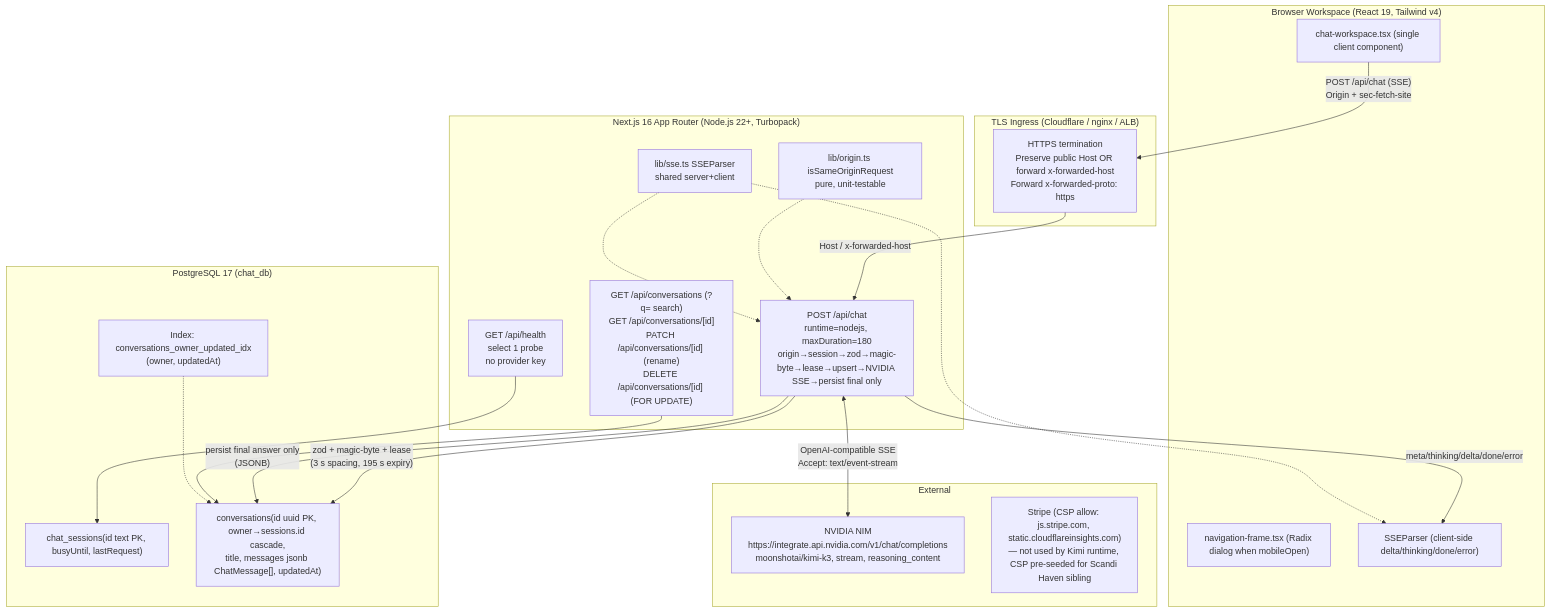
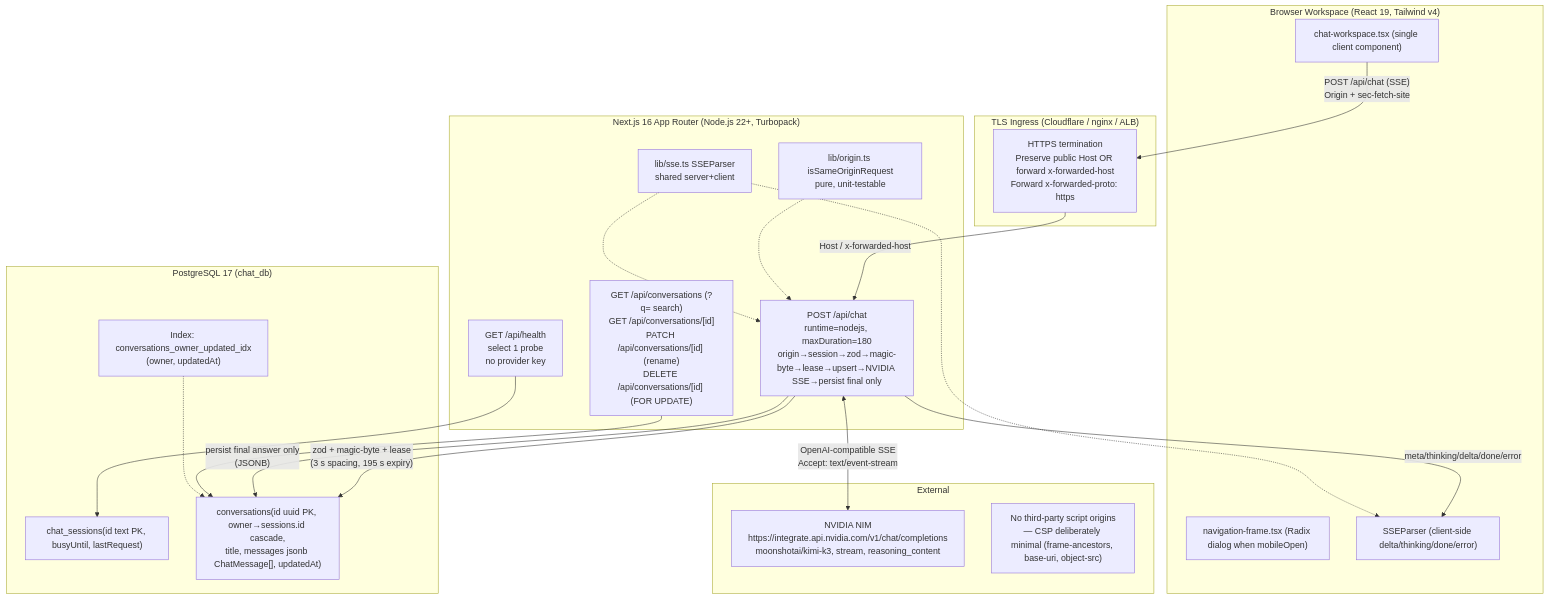
Before and after one commit to nordeim/new-chat-app: the first of 2 diagrams in Project_Architecture_Document.md, drawn with Mermaid. The commit also changed other lines of this file and 4 other files, not shown here.

````diff
--- a/Project_Architecture_Document.md
+++ b/Project_Architecture_Document.md
@@ -150,44 +150,44 @@
 ```mermaid
 flowchart TB
   subgraph Client["Browser Workspace (React 19, Tailwind v4)"]
     UI["chat-workspace.tsx (single client component)"]
     NF["navigation-frame.tsx (Radix dialog when mobileOpen)"]
     SSEc["SSEParser (client-side delta/thinking/done/error)"]
   end
 
   subgraph Edge["TLS Ingress (Cloudflare / nginx / ALB)"]
     TLS["HTTPS termination\nPreserve public Host OR forward x-forwarded-host\nForward x-forwarded-proto: https"]
   end
 
   subgraph App["Next.js 16 App Router (Node.js 22+, Turbopack)"]
     CHAT["POST /api/chat\nruntime=nodejs, maxDuration=180\norigin→session→zod→magic-byte→lease→upsert→NVIDIA SSE→persist final only"]
     CONV["GET /api/conversations (?q= search)\nGET /api/conversations/[id]\nPATCH /api/conversations/[id] (rename)\nDELETE /api/conversations/[id] (FOR UPDATE)"]
     HEALTH["GET /api/health\nselect 1 probe\nno provider key"]
     ORIGIN["lib/origin.ts isSameOriginRequest\npure, unit-testable"]
     SSEs["lib/sse.ts SSEParser\nshared server+client"]
   end
 
   subgraph Data["PostgreSQL 17 (chat_db)"]
     SESS["chat_sessions(id text PK, busyUntil, lastRequest)"]
     CONVS["conversations(id uuid PK, owner→sessions.id cascade,\ntitle, messages jsonb ChatMessage[], updatedAt)"]
     IDX["Index: conversations_owner_updated_idx\n(owner, updatedAt)"]
   end
 
   subgraph Ext["External"]
     NIM["NVIDIA NIM\nhttps://integrate.api.nvidia.com/v1/chat/completions\nmoonshotai/kimi-k3, stream, reasoning_content"]
-    STRIPE["Stripe (CSP allow: js.stripe.com, static.cloudflareinsights.com)\n— not used by Kimi runtime, CSP pre-seeded for Scandi Haven sibling"]
+    EXTERNAL["No third-party script origins\n— CSP deliberately minimal (frame-ancestors, base-uri, object-src)"]
   end
 
   UI -->|"POST /api/chat (SSE)\nOrigin + sec-fetch-site"| TLS
   TLS -->|Host / x-forwarded-host| CHAT
   CHAT -->|"zod + magic-byte + lease\n(3 s spacing, 195 s expiry)"| CONVS
   CHAT <-->|"OpenAI-compatible SSE\nAccept: text/event-stream"| NIM
   CHAT -->|"persist final answer only\n(JSONB)"| CONVS
   CHAT -->|"meta/thinking/delta/done/error"| SSEc
   CONV --> CONVS
   HEALTH --> SESS
   ORIGIN -.-> CHAT
   SSEs -.-> CHAT
   SSEs -.-> SSEc
   IDX -.-> CONVS
 ```
````
